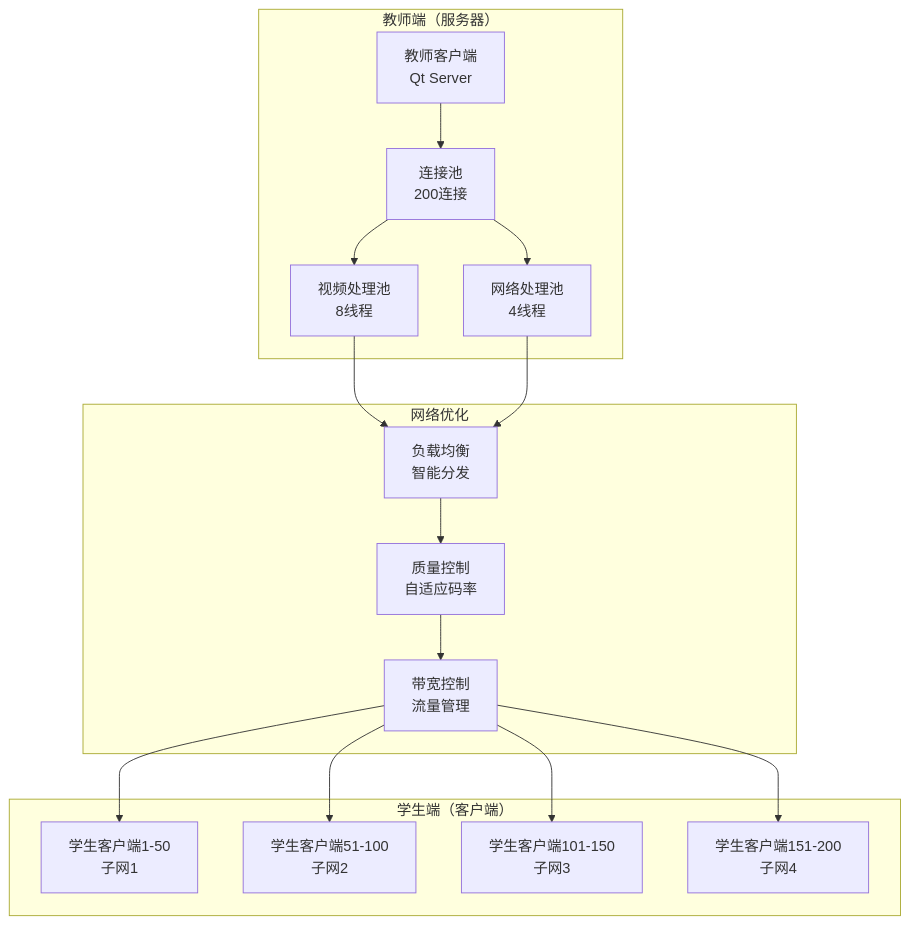
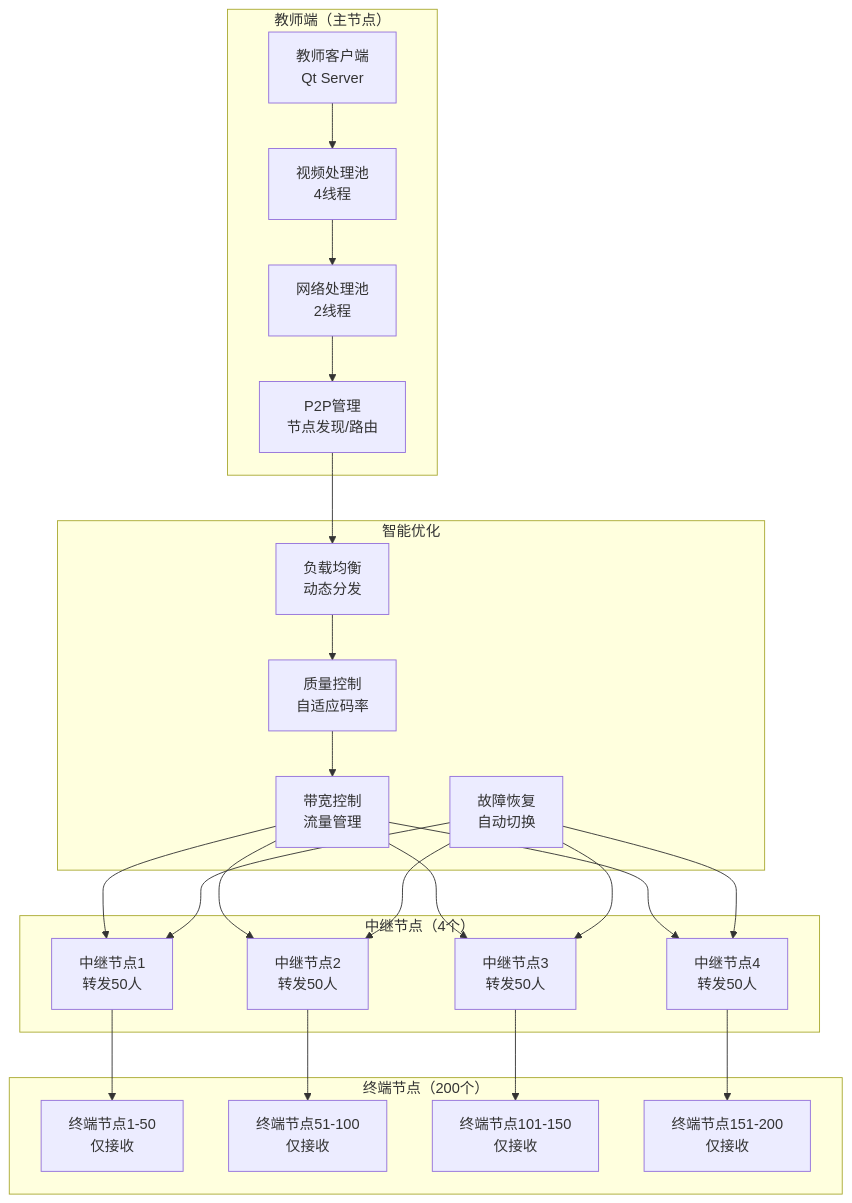
One commit to IdEvEbI/sky-edu-docs changed diagram 13 of 14 in docs/projects/sky-edu-classroom-screen-sharing/003_system-architecture_系统架构设计文档.md. Above: the diagram before and after it, drawn with Mermaid. The commit also changed other lines of this file, not shown here.

````diff
--- a/docs/projects/sky-edu-classroom-screen-sharing/003_system-architecture_系统架构设计文档.md
+++ b/docs/projects/sky-edu-classroom-screen-sharing/003_system-architecture_系统架构设计文档.md
@@ -711,34 +966,49 @@
 ```mermaid
 graph TB
-    subgraph "教师端（服务器）"
+    subgraph "教师端（主节点）"
         TC[教师客户端<br/>Qt Server]
-        CP[连接池<br/>200连接]
-        VP[视频处理池<br/>8线程]
-        NP[网络处理池<br/>4线程]
+        VP[视频处理池<br/>4线程]
+        NP[网络处理池<br/>2线程]
+        P2P[P2P管理<br/>节点发现/路由]
     end
 
-    subgraph "学生端（客户端）"
-        SC1[学生客户端1-50<br/>子网1]
-        SC2[学生客户端51-100<br/>子网2]
-        SC3[学生客户端101-150<br/>子网3]
-        SC4[学生客户端151-200<br/>子网4]
+    subgraph "中继节点（4个）"
+        R1[中继节点1<br/>转发50人]
+        R2[中继节点2<br/>转发50人]
+        R3[中继节点3<br/>转发50人]
+        R4[中继节点4<br/>转发50人]
     end
 
-    subgraph "网络优化"
-        LB[负载均衡<br/>智能分发]
+    subgraph "终端节点（200个）"
+        T1[终端节点1-50<br/>仅接收]
+        T2[终端节点51-100<br/>仅接收]
+        T3[终端节点101-150<br/>仅接收]
+        T4[终端节点151-200<br/>仅接收]
+    end
+
+    subgraph "智能优化"
+        LB[负载均衡<br/>动态分发]
         QC[质量控制<br/>自适应码率]
         BC[带宽控制<br/>流量管理]
+        FR[故障恢复<br/>自动切换]
     end
 
-    TC --> CP
-    CP --> VP
-    CP --> NP
-    VP --> LB
-    NP --> LB
+    TC --> VP
+    VP --> NP
+    NP --> P2P
+    P2P --> LB
     LB --> QC
     QC --> BC
-    BC --> SC1
-    BC --> SC2
-    BC --> SC3
-    BC --> SC4
+    BC --> R1
+    BC --> R2
+    BC --> R3
+    BC --> R4
+    R1 --> T1
+    R2 --> T2
+    R3 --> T3
+    R4 --> T4
+    FR --> R1
+    FR --> R2
+    FR --> R3
+    FR --> R4
 ```
````
